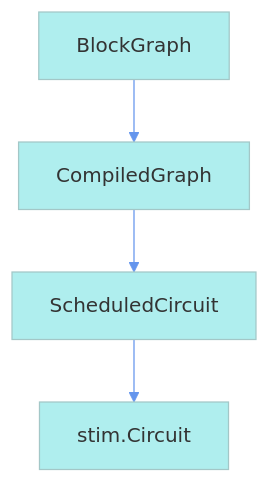
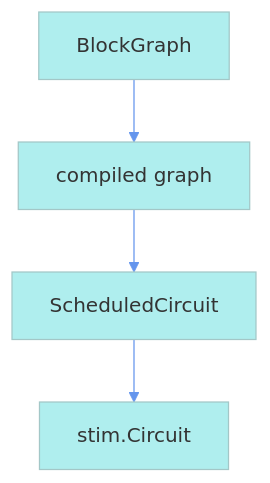
One commit to tqec/tqec changed the second of 2 diagrams in docs/architecture.rst. Above: the diagram before and after it, drawn with Mermaid. The commit also changed other lines of this file and 3 other files, not shown here.

```diff
--- a/docs/architecture.rst
+++ b/docs/architecture.rst
@@ -70,16 +89,16 @@
 .. mermaid::
     :align: center
     :config: {"theme": "base", "darkMode": "true"}
 
     %%{
     init: {
         'theme': 'base',
         'themeVariables': {
         'primaryColor': '#AFEEEE',
         'lineColor': '#6495ED'
         }
     }
     }%%
 
     graph
-        A[BlockGraph] --> B[CompiledGraph] --> C[ScheduledCircuit]--> D[stim.Circuit]
+        A[BlockGraph] --> B[compiled graph] --> C[ScheduledCircuit]--> D[stim.Circuit]
```
